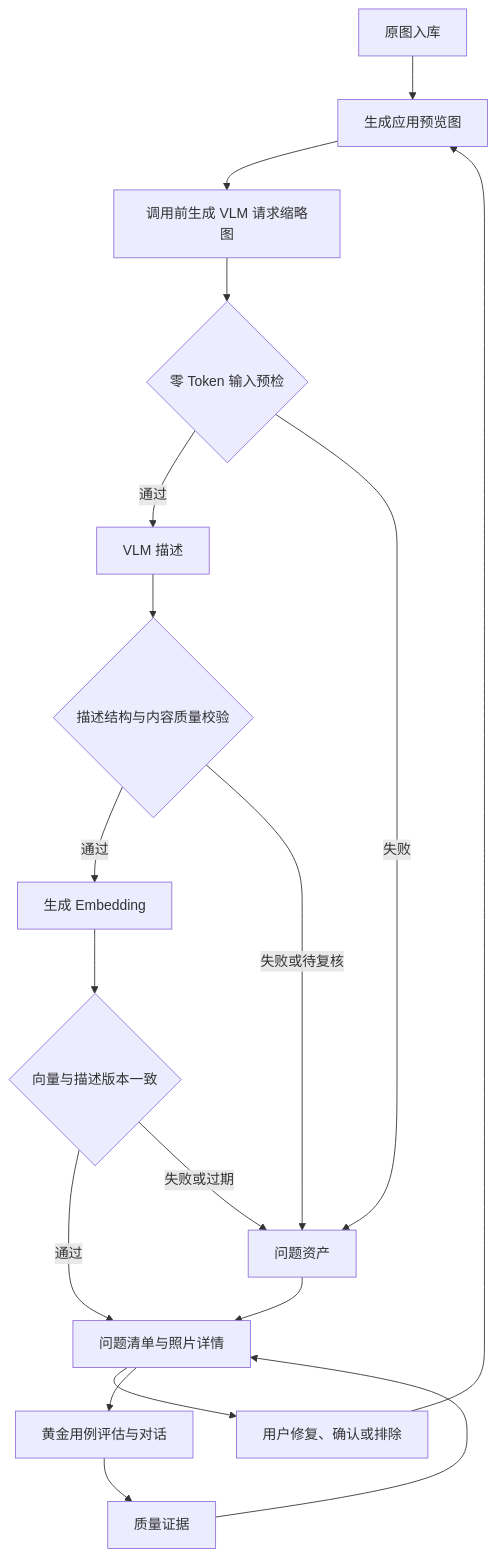
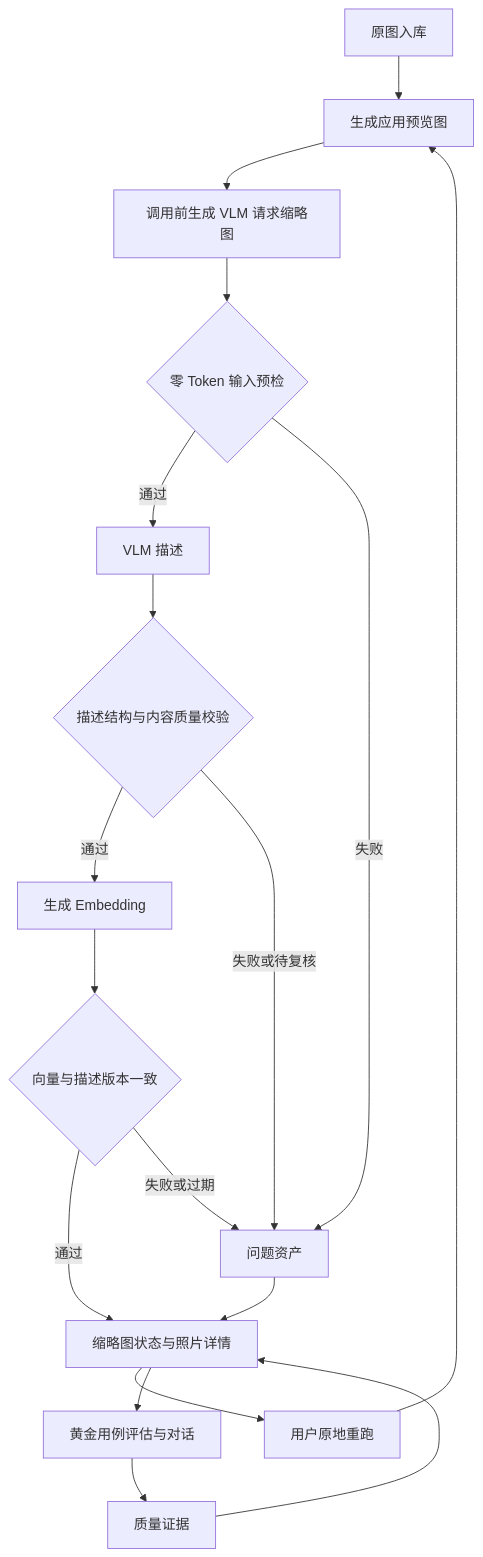
Before and after one commit to pancake-lee/photo-agent: the diagram in docs/design/2026-08-26-4-ai-asset-quality-loop-design.md, drawn with Mermaid. The commit also changed other lines of this file and 4 other files, not shown here.

````diff
--- a/docs/design/2026-08-26-4-ai-asset-quality-loop-design.md
+++ b/docs/design/2026-08-26-4-ai-asset-quality-loop-design.md
@@ -93,20 +88,20 @@
 ```mermaid
 flowchart TD
     A[原图入库] --> B[生成应用预览图]
     B --> C[调用前生成 VLM 请求缩略图]
     C --> D{零 Token 输入预检}
     D -->|通过| E[VLM 描述]
     D -->|失败| X[问题资产]
     E --> F{描述结构与内容质量校验}
     F -->|通过| G[生成 Embedding]
     F -->|失败或待复核| X
     G --> H{向量与描述版本一致}
     H -->|通过| I[健康资产 / 可检索]
     H -->|失败或过期| X
-    X --> I[问题清单与照片详情]
-    I --> J[用户修复、确认或排除]
+    X --> I[缩略图状态与照片详情]
+    I --> J[用户原地重跑]
     J --> B
     I --> K[黄金用例评估与对话]
     K --> L[质量证据]
     L --> I
 ```
````
